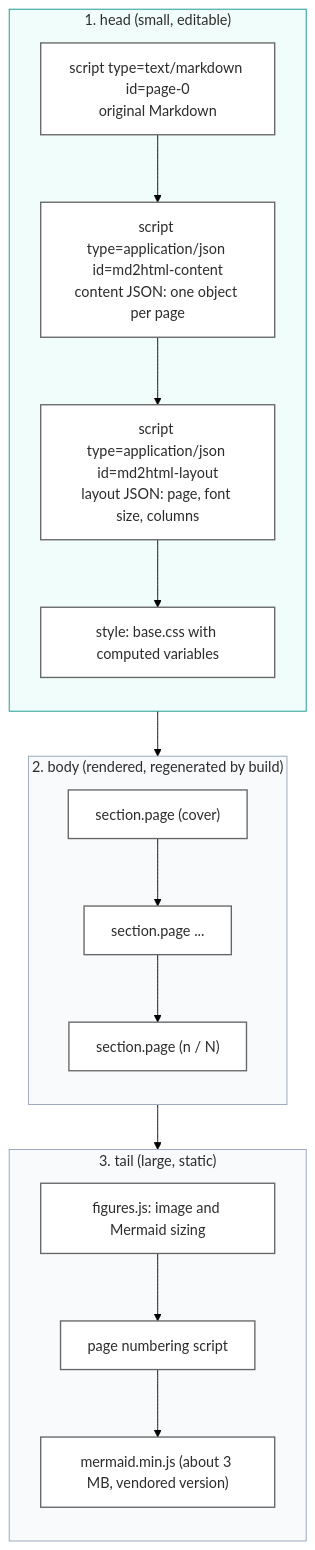
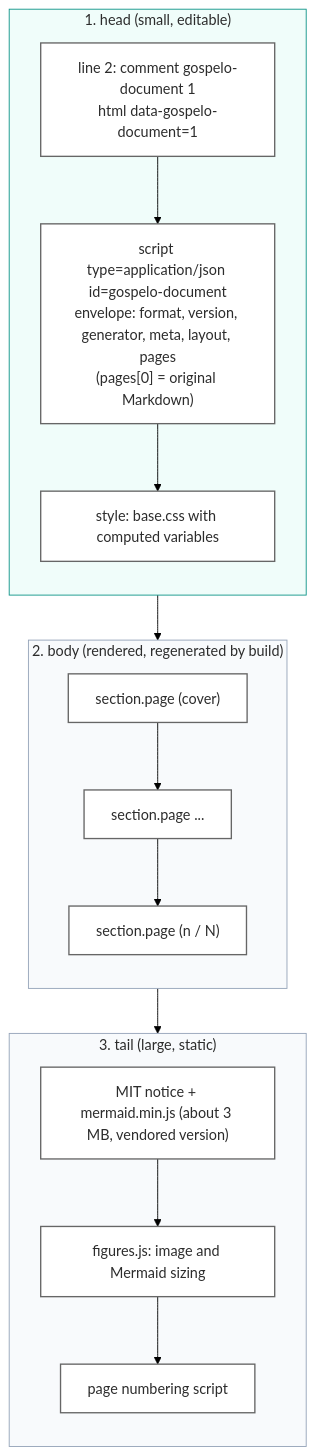
Before and after one commit to gospelo-dev/md2html: the first of 5 diagrams in docs/ARCHITECTURE.md, drawn with Mermaid (forest theme). The commit also changed other lines of this file and 21 other files, not shown here.

````diff
--- a/docs/ARCHITECTURE.md
+++ b/docs/ARCHITECTURE.md
@@ -21,32 +21,31 @@
 ```mermaid
 flowchart TB
     subgraph Head["1. head (small, editable)"]
         direction TB
-        M["script type=text/markdown id=page-0<br/>original Markdown"]
-        C["script type=application/json id=md2html-content<br/>content JSON: one object per page"]
-        L["script type=application/json id=md2html-layout<br/>layout JSON: page, font size, columns"]
+        SIG["line 2: comment gospelo-document 1<br/>html data-gospelo-document=1"]
+        ENV["script type=application/json id=gospelo-document<br/>envelope: format, version, generator, meta, layout, pages<br/>(pages[0] = original Markdown)"]
         S["style: base.css with computed variables"]
-        M --> C --> L --> S
+        SIG --> ENV --> S
     end
     subgraph Body["2. body (rendered, regenerated by build)"]
         direction TB
         P1["section.page (cover)"]
         P2["section.page ..."]
         Pn["section.page (n / N)"]
         P1 --> P2 --> Pn
     end
     subgraph Tail["3. tail (large, static)"]
         direction TB
+        MJ["MIT notice + mermaid.min.js (about 3 MB, vendored version)"]
         F["figures.js: image and Mermaid sizing"]
         N["page numbering script"]
-        MJ["mermaid.min.js (about 3 MB, vendored version)"]
-        F --> N --> MJ
+        MJ --> F --> N
     end
     Head --> Body --> Tail
 
     classDef node fill:#FFFFFF,stroke:#666666,stroke-width:1.5px,color:#2C2C2C
-    class M,C,L,S,P1,P2,Pn,F,N,MJ node
+    class SIG,ENV,S,P1,P2,Pn,F,N,MJ node
     style Head fill:#F0FDFA,stroke:#0D9488,color:#2C2C2C
     style Body fill:#F8FAFC,stroke:#94A3B8,color:#2C2C2C
     style Tail fill:#F8FAFC,stroke:#94A3B8,color:#2C2C2C
 ```
````
